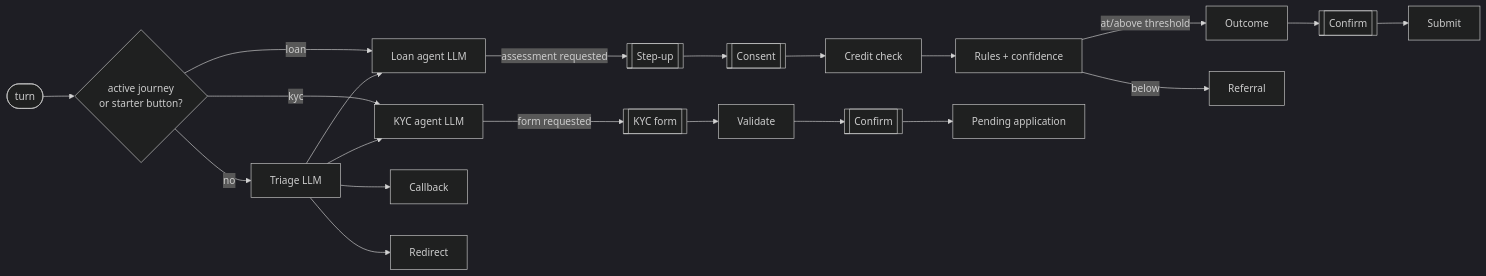
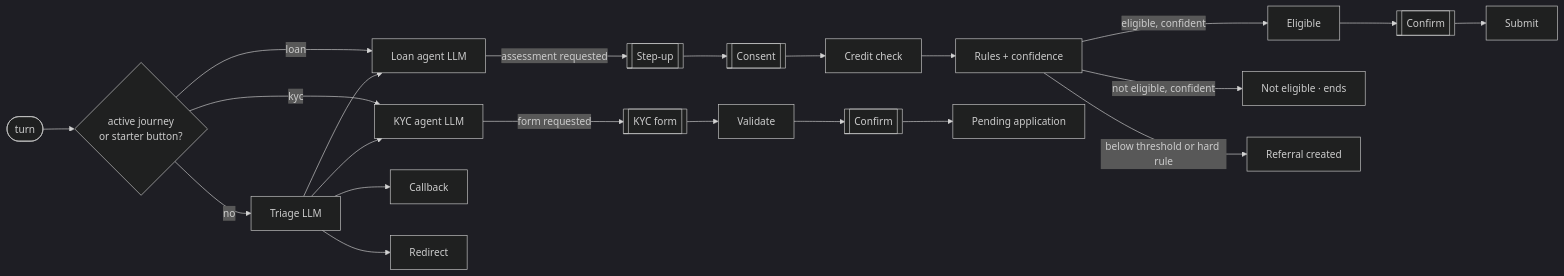
The second of 4 diagrams in docs/ARCHITECTURE.md (samitha9125/Kaya-Interview), drawn with Mermaid (dark theme) before and after one commit. The commit also changed other lines of this file, not shown here.

First line of the commit message:
docs: make architecture guarantees precise after spec review

````diff
--- a/docs/ARCHITECTURE.md
+++ b/docs/ARCHITECTURE.md
@@ -89,12 +95,13 @@
 ```mermaid
 flowchart LR
   T([turn]) --> R{active journey<br/>or starter button?}
   R -- no --> TR[Triage LLM]
   R -- loan --> L
   R -- kyc --> K
   TR --> L & K & H[Callback] & O[Redirect]
   L[Loan agent LLM] -- assessment requested --> SU[[Step-up]] --> C[[Consent]] --> CC[Credit check] --> D[Rules + confidence]
-  D -- at/above threshold --> OUT[Outcome] --> CF[[Confirm]] --> S[Submit]
-  D -- below --> REF[Referral]
+  D -- eligible, confident --> E[Eligible] --> CF[[Confirm]] --> S[Submit]
+  D -- not eligible, confident --> NE[Not eligible · ends]
+  D -- below threshold or hard rule --> REF[Referral created]
   K[KYC agent LLM] -- form requested --> F[[KYC form]] --> V[Validate] --> KC[[Confirm]] --> KS[Pending application]
 ```
````
